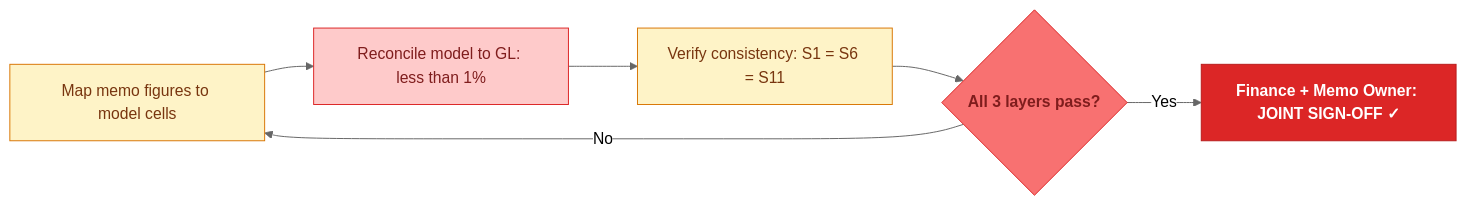
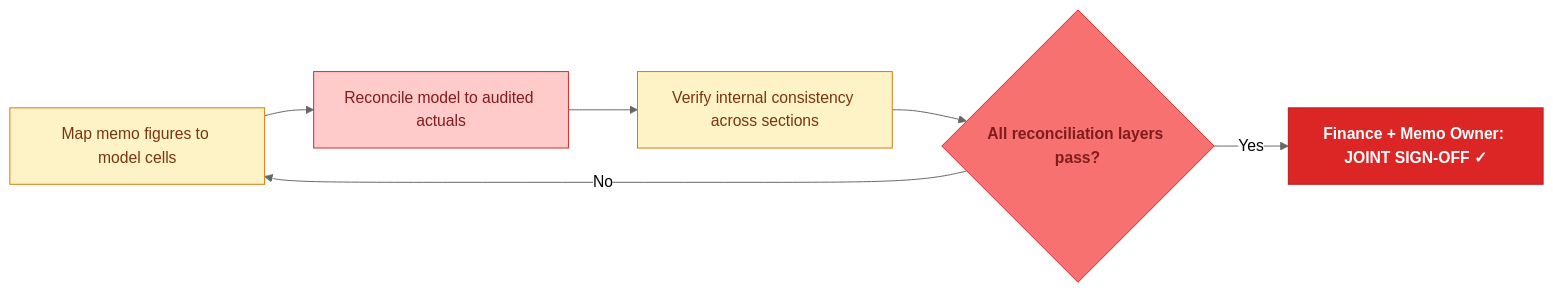
Before and after one commit to mrchanpark/IC-Memo-Flow-Chart-V2: the eighth of 16 diagrams in README.md, drawn with Mermaid (neutral theme). The commit also changed other lines of this file and 2 other files, not shown here.

````diff
--- a/README.md
+++ b/README.md
@@ -199,12 +200,12 @@
 ```mermaid
 flowchart LR
-  A["Map memo figures to model cells"]:::yel --> B["Reconcile model to GL: less than 1%"]:::red
-  B --> C["Verify consistency: S1 = S6 = S11"]:::yel
-  C --> D{"All 3 layers pass?"}:::redD
+  A["Map memo figures to model cells"]:::yel --> B["Reconcile model to audited actuals"]:::red
+  B --> C["Verify internal consistency across sections"]:::yel
+  C --> D{"All reconciliation layers pass?"}:::redD
   D -- No --> A
   D -- Yes --> E["Finance + Memo Owner: JOINT SIGN-OFF ✓"]:::redM
   classDef red fill:#fecaca,stroke:#dc2626,color:#7f1d1d
   classDef yel fill:#fef3c7,stroke:#d97706,color:#78350f
   classDef redD fill:#f87171,stroke:#dc2626,color:#7f1d1d,font-weight:700
   classDef redM fill:#dc2626,stroke:#b91c1c,color:#fff,font-weight:700
 ```
````
